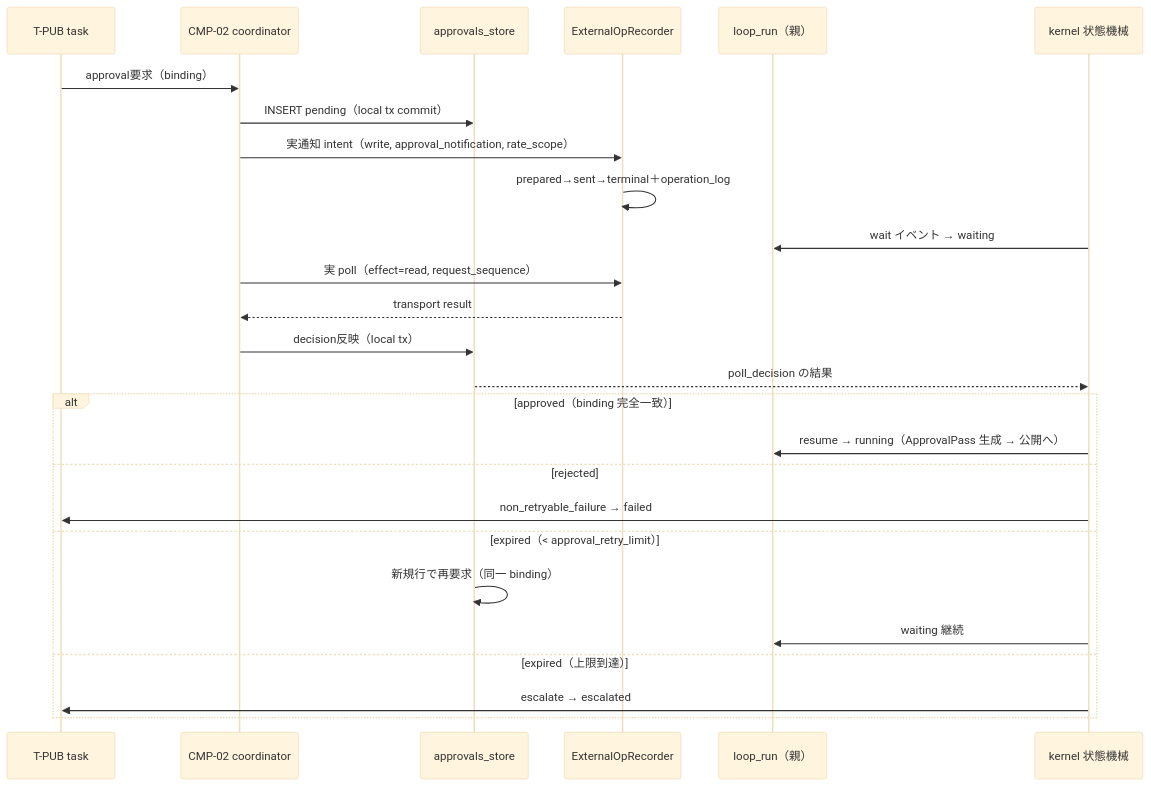
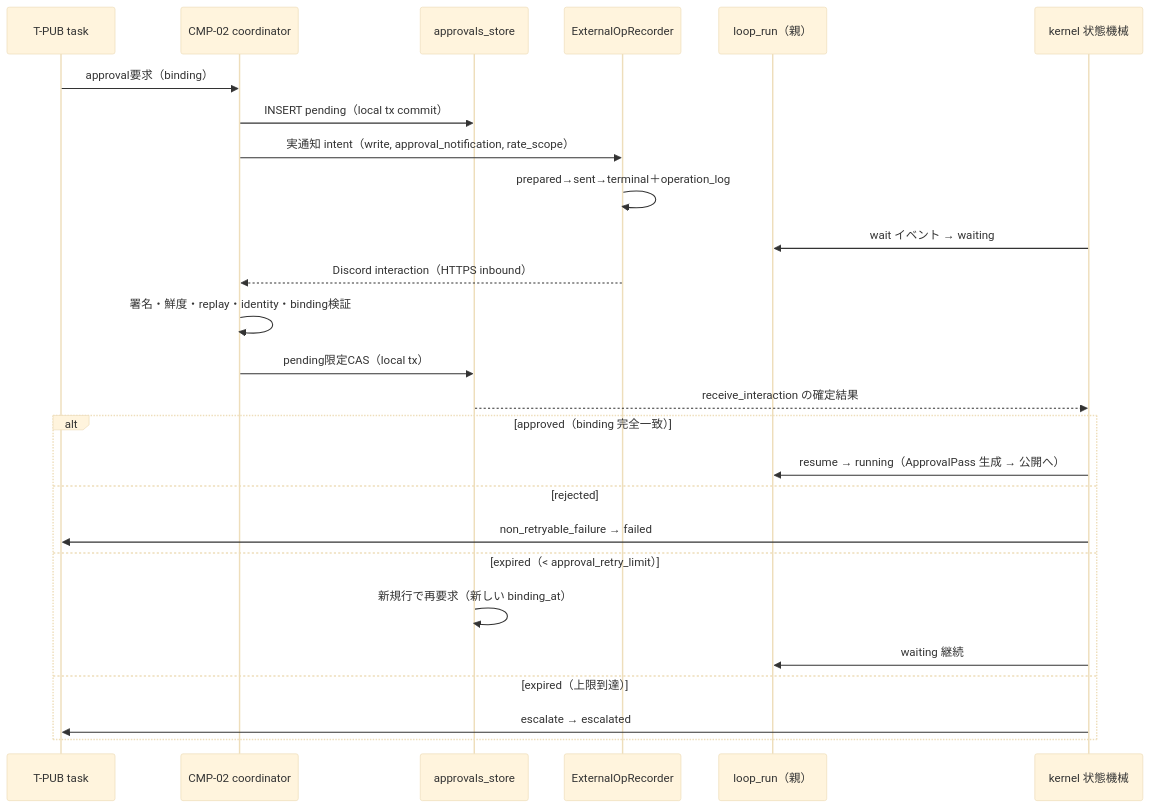
One commit to RetryYN/HELIX-MARKETING-HARNESS changed the diagram in docs/L6-feature-design/S0/approval.md. Above: the diagram before and after it, drawn with Mermaid (base theme). The commit also changed other lines of this file and 53 other files, not shown here.

````diff
--- a/docs/L6-feature-design/S0/approval.md
+++ b/docs/L6-feature-design/S0/approval.md
@@ -48,28 +48,28 @@
 ```mermaid
 sequenceDiagram
     participant T as T-PUB task
     participant O as CMP-02 coordinator
     participant A as approvals_store
     participant R as ExternalOpRecorder
     participant L as loop_run（親）
     participant K as kernel 状態機械
     T->>O: approval要求（binding）
     O->>A: INSERT pending（local tx commit）
     O->>R: 実通知 intent（write, approval_notification, rate_scope）
     R->>R: prepared→sent→terminal＋operation_log
     K->>L: wait イベント → waiting
-    O->>R: 実 poll（effect=read, request_sequence）
-    R-->>O: transport result
-    O->>A: decision反映（local tx）
-    A-->>K: poll_decision の結果
+    R-->>O: Discord interaction（HTTPS inbound）
+    O->>O: 署名・鮮度・replay・identity・binding検証
+    O->>A: pending限定CAS（local tx）
+    A-->>K: receive_interaction の確定結果
     alt approved（binding 完全一致）
         K->>L: resume → running（ApprovalPass 生成 → 公開へ）
     else rejected
         K->>T: non_retryable_failure → failed
     else expired（< approval_retry_limit）
-        A->>A: 新規行で再要求（同一 binding）
+        A->>A: 新規行で再要求（新しい binding_at）
         K->>L: waiting 継続
     else expired（上限到達）
         K->>T: escalate → escalated
     end
 ```
````
